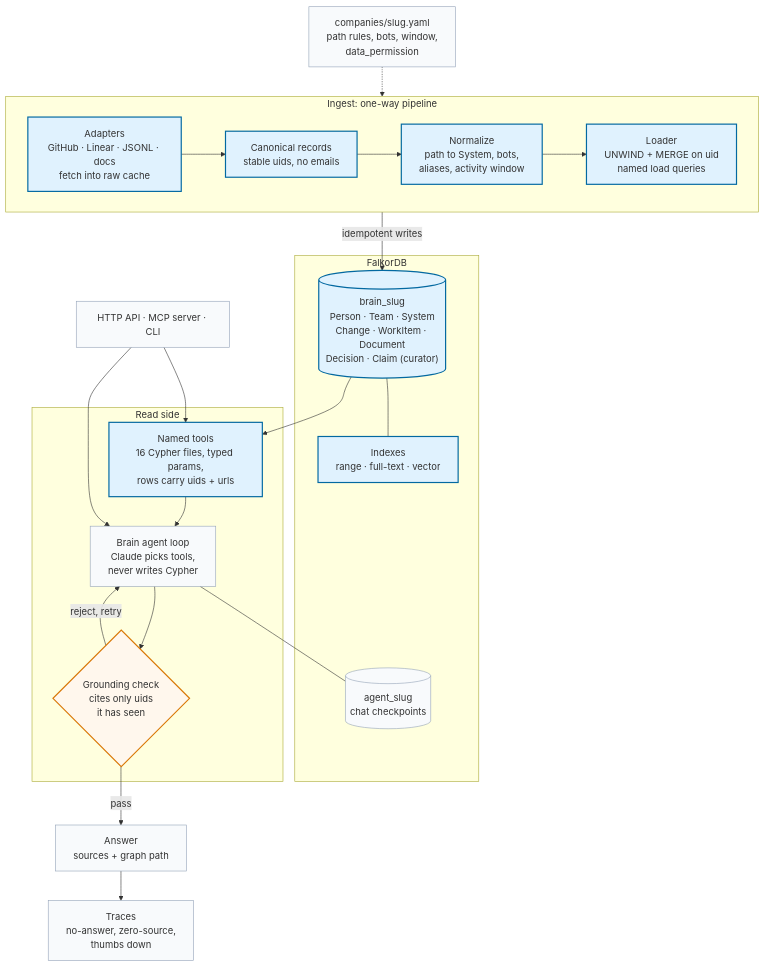
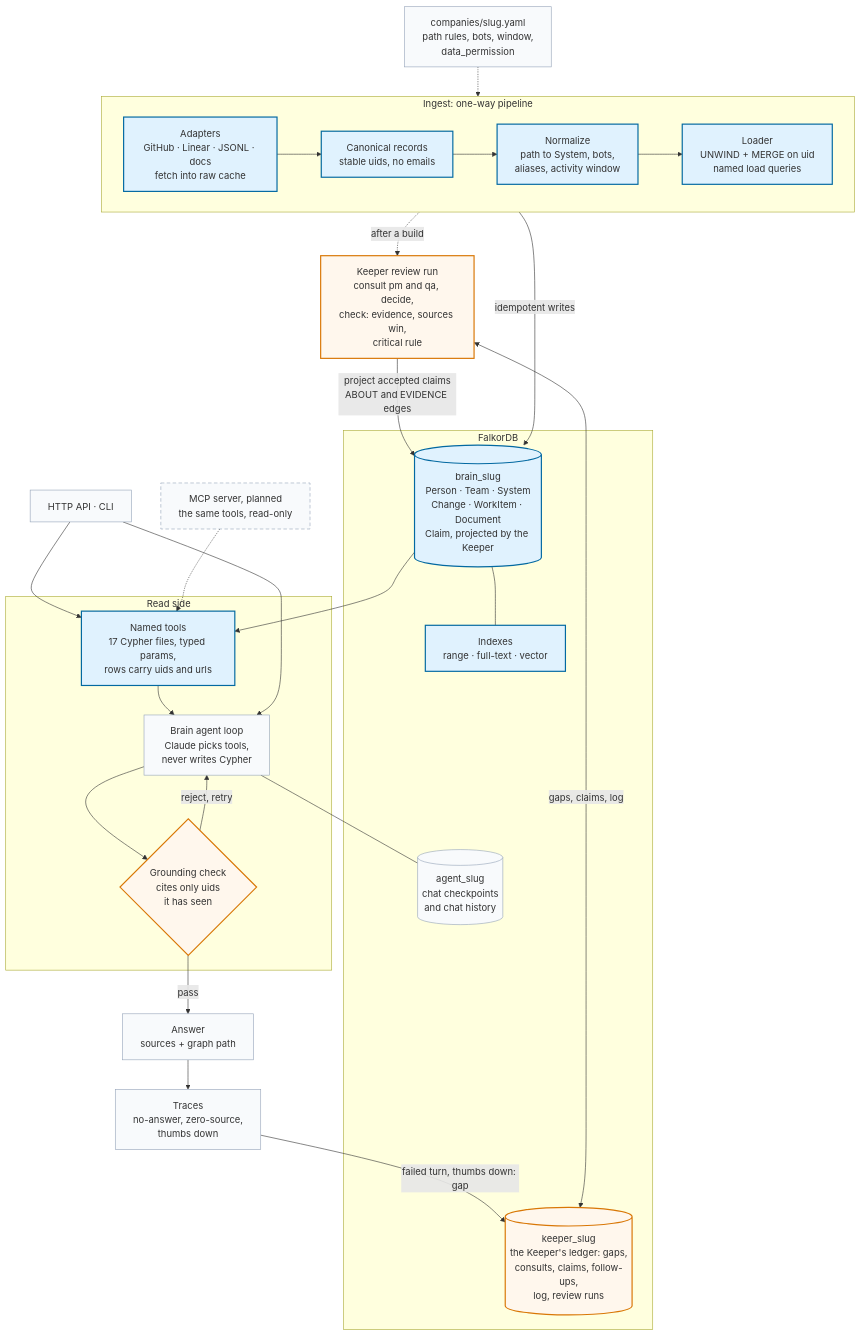
One commit to himanshu634/citadel changed the diagram in docs/architecture/brain-internals.mmd. Above: the diagram before and after it, drawn with Mermaid. The commit also changed 18 other files, not shown here.

Commit message:
Docs: the Keeper replaces the Brain Curator

```diff
--- a/docs/architecture/brain-internals.mmd
+++ b/docs/architecture/brain-internals.mmd
@@ -1,47 +1,57 @@
 graph TB
   CFG["companies/slug.yaml<br/>path rules, bots, window,<br/>data_permission"]
 
   subgraph INGEST["Ingest: one-way pipeline"]
     direction LR
     AD["Adapters<br/>GitHub · Linear · JSONL · docs<br/>fetch into raw cache"]
     CAN["Canonical records<br/>stable uids, no emails"]
     NORM["Normalize<br/>path to System, bots,<br/>aliases, activity window"]
     LOAD["Loader<br/>UNWIND + MERGE on uid<br/>named load queries"]
     AD --> CAN --> NORM --> LOAD
   end
 
   subgraph GRAPH["FalkorDB"]
-    G[("brain_slug<br/>Person · Team · System<br/>Change · WorkItem · Document<br/>Decision · Claim (curator)")]
+    G[("brain_slug<br/>Person · Team · System<br/>Change · WorkItem · Document<br/>Claim, projected by the Keeper")]
     IDX["Indexes<br/>range · full-text · vector"]
-    AG[("agent_slug<br/>chat checkpoints")]
+    AG[("agent_slug<br/>chat checkpoints<br/>and chat history")]
+    LEDGER[("keeper_slug<br/>the Keeper's ledger: gaps,<br/>consults, claims, follow-ups,<br/>log, review runs")]
     G --- IDX
   end
 
   subgraph READ["Read side"]
-    TOOLS["Named tools<br/>16 Cypher files, typed params,<br/>rows carry uids + urls"]
+    TOOLS["Named tools<br/>17 Cypher files, typed params,<br/>rows carry uids and urls"]
     LOOP["Brain agent loop<br/>Claude picks tools,<br/>never writes Cypher"]
     CHECK{"Grounding check<br/>cites only uids<br/>it has seen"}
   end
 
   OUT["Answer<br/>sources + graph path"]
   TRACE["Traces<br/>no-answer, zero-source,<br/>thumbs down"]
-  API["HTTP API · MCP server · CLI"]
+  API["HTTP API · CLI"]
+  MCPS["MCP server, planned<br/>the same tools, read-only"]
+  KEEP["Keeper review run<br/>consult pm and qa, decide,<br/>check: evidence, sources win,<br/>critical rule"]
 
   CFG -.-> NORM
   LOAD -->|"idempotent writes"| G
   G --> TOOLS
   TOOLS --> LOOP
   LOOP --> CHECK
   CHECK -->|pass| OUT
   CHECK -->|"reject, retry"| LOOP
   LOOP --- AG
   OUT --> TRACE
   API --> TOOLS
   API --> LOOP
+  MCPS -.-> TOOLS
+  TRACE -->|"failed turn, thumbs down: gap"| LEDGER
+  LOAD -.->|"after a build"| KEEP
+  KEEP <-->|"gaps, claims, log"| LEDGER
+  KEEP -->|"project accepted claims<br/>ABOUT and EVIDENCE edges"| G
 
   classDef engine fill:#e0f2fe,stroke:#0369a1,stroke-width:2px
   classDef thin fill:#f8fafc,stroke:#94a3b8
   classDef gate fill:#fff7ed,stroke:#d97706,stroke-width:2px
+  classDef planned stroke-dasharray: 6 4
   class AD,CAN,NORM,LOAD,G,IDX,TOOLS engine
-  class CHECK gate
-  class CFG,AG,LOOP,OUT,TRACE,API thin
+  class CHECK,KEEP,LEDGER gate
+  class CFG,AG,LOOP,OUT,TRACE,API,MCPS thin
+  class MCPS planned
```
